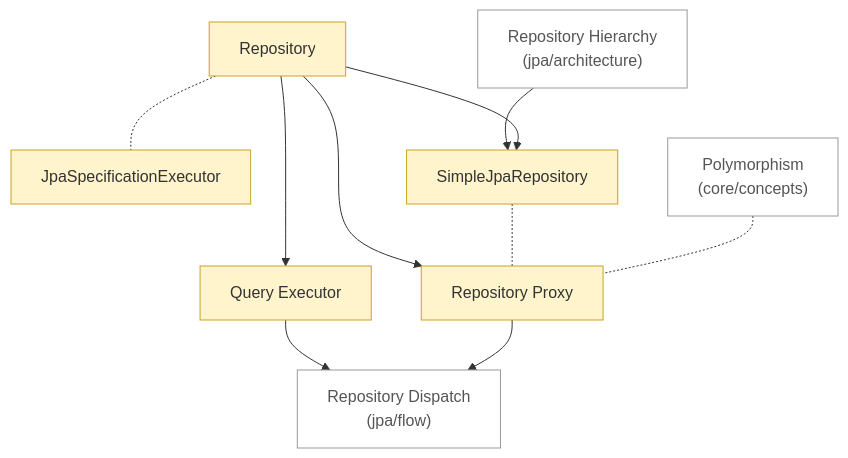
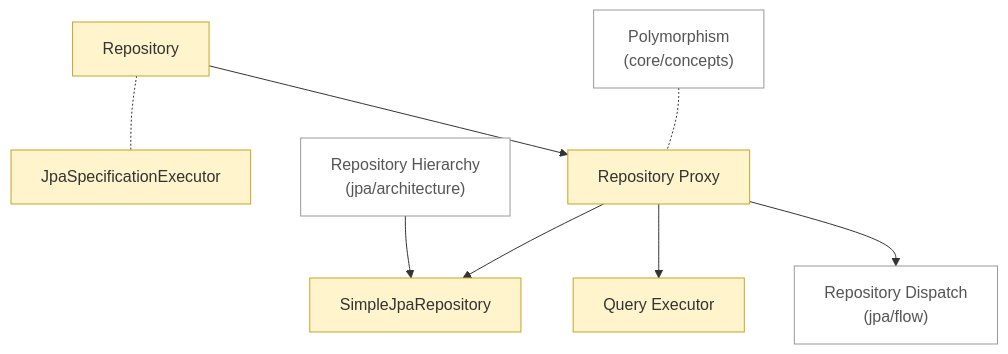
The diagram in notes/backend/spring/data/jpa/concepts/README.md (Pizza-Mozzarella/self-learning), drawn with Mermaid before and after one commit. The commit also changed 5 other files, not shown here.

````diff
--- a/notes/backend/spring/data/jpa/concepts/README.md
+++ b/notes/backend/spring/data/jpa/concepts/README.md
@@ -6,24 +6,22 @@
 ```mermaid
 flowchart TD
     n0["JpaSpecificationExecutor"]:::draft
     n1["Query Executor"]:::draft
     n2["Repository Proxy"]:::draft
     n3["Repository"]:::draft
     n4["SimpleJpaRepository"]:::draft
     n5["Repository Hierarchy<br/>(jpa/architecture)"]:::ext
     n6["Repository Dispatch<br/>(jpa/flow)"]:::ext
     n7["Polymorphism<br/>(core/concepts)"]:::ext
     n5 --> n4
-    n1 --> n6
+    n2 --> n4
+    n2 --> n1
     n2 --> n6
-    n3 --> n4
     n3 --> n2
-    n3 --> n1
     n3 -.- n0
-    n4 -.- n2
     n7 -.- n2
     classDef stub fill:#eeeeee,stroke:#999999,stroke-dasharray:4 3,color:#555555
     classDef draft fill:#fff4cc,stroke:#c9a227,color:#333333
     classDef ok fill:#d8f0dc,stroke:#3a9d5d,color:#222222
     classDef ext fill:#ffffff,stroke:#999999,color:#555555
 ```
````
